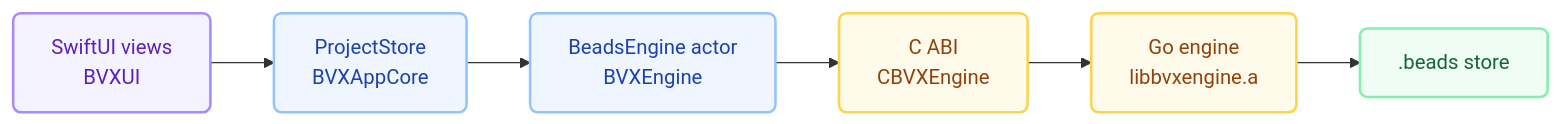
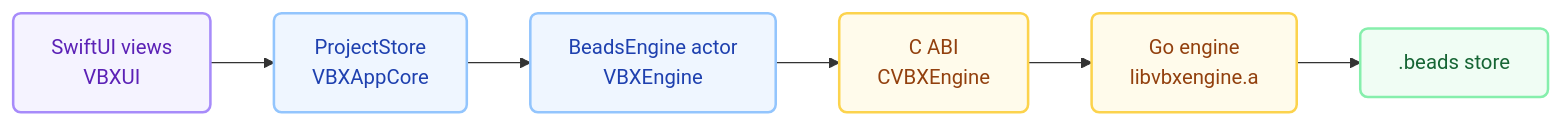
Before and after one commit to michel-onstein/bvx: the diagram in README.md, drawn with Mermaid. The commit also changed other lines of this file and 216 other files, not shown here.

First line of the commit message:
Rename the project from bvx to vbx — Visual Beads

````diff
--- a/README.md
+++ b/README.md
@@ -23,16 +28,16 @@
 ```mermaid
 flowchart LR
     classDef ui fill:#f5f3ff,stroke:#a78bfa,stroke-width:2px,color:#5b21b6,rx:6
     classDef core fill:#eff6ff,stroke:#93c5fd,stroke-width:2px,color:#1e40af,rx:6
     classDef bridge fill:#fffbeb,stroke:#fcd34d,stroke-width:2px,color:#92400e,rx:6
     classDef data fill:#f0fdf4,stroke:#86efac,stroke-width:2px,color:#166534,rx:6
 
-    V["SwiftUI views<br/>BVXUI"]:::ui
-    S["ProjectStore<br/>BVXAppCore"]:::core
-    E["BeadsEngine actor<br/>BVXEngine"]:::core
-    C["C ABI<br/>CBVXEngine"]:::bridge
-    G["Go engine<br/>libbvxengine.a"]:::bridge
+    V["SwiftUI views<br/>VBXUI"]:::ui
+    S["ProjectStore<br/>VBXAppCore"]:::core
+    E["BeadsEngine actor<br/>VBXEngine"]:::core
+    C["C ABI<br/>CVBXEngine"]:::bridge
+    G["Go engine<br/>libvbxengine.a"]:::bridge
     D[".beads store"]:::data
 
     V --> S --> E --> C --> G --> D
 ```
````
